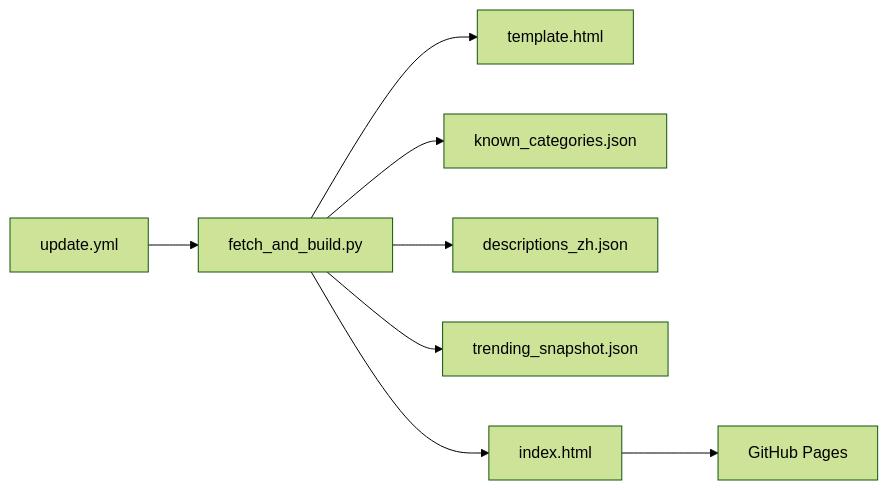
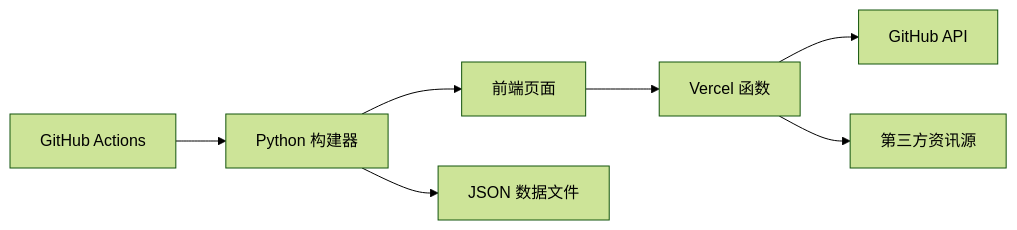
The seventh of 7 diagrams in .qoder/repowiki/zh/content/项目概述.md (Kwei168/starhub), drawn with Mermaid (forest theme) before and after one commit. The commit also changed other lines of this file and 126 other files, not shown here.

````diff
--- a/.qoder/repowiki/zh/content/项目概述.md
+++ b/.qoder/repowiki/zh/content/项目概述.md
@@ -219,10 +284,9 @@
 ```mermaid
 graph LR
-Script["fetch_and_build.py"] --> Template["template.html"]
-Script --> Known["known_categories.json"]
-Script --> Desc["descriptions_zh.json"]
-Script --> TrendSnap["trending_snapshot.json"]
-Workflow["update.yml"] --> Script
-Script --> Index["index.html"]
-Index --> Pages["GitHub Pages"]
+FE["前端页面"] --> API["Vercel 函数"]
+API --> GH["GitHub API"]
+API --> Third["第三方资讯源"]
+CI["GitHub Actions"] --> Build["Python 构建器"]
+Build --> FE
+Build --> Data["JSON 数据文件"]
 ```
````
